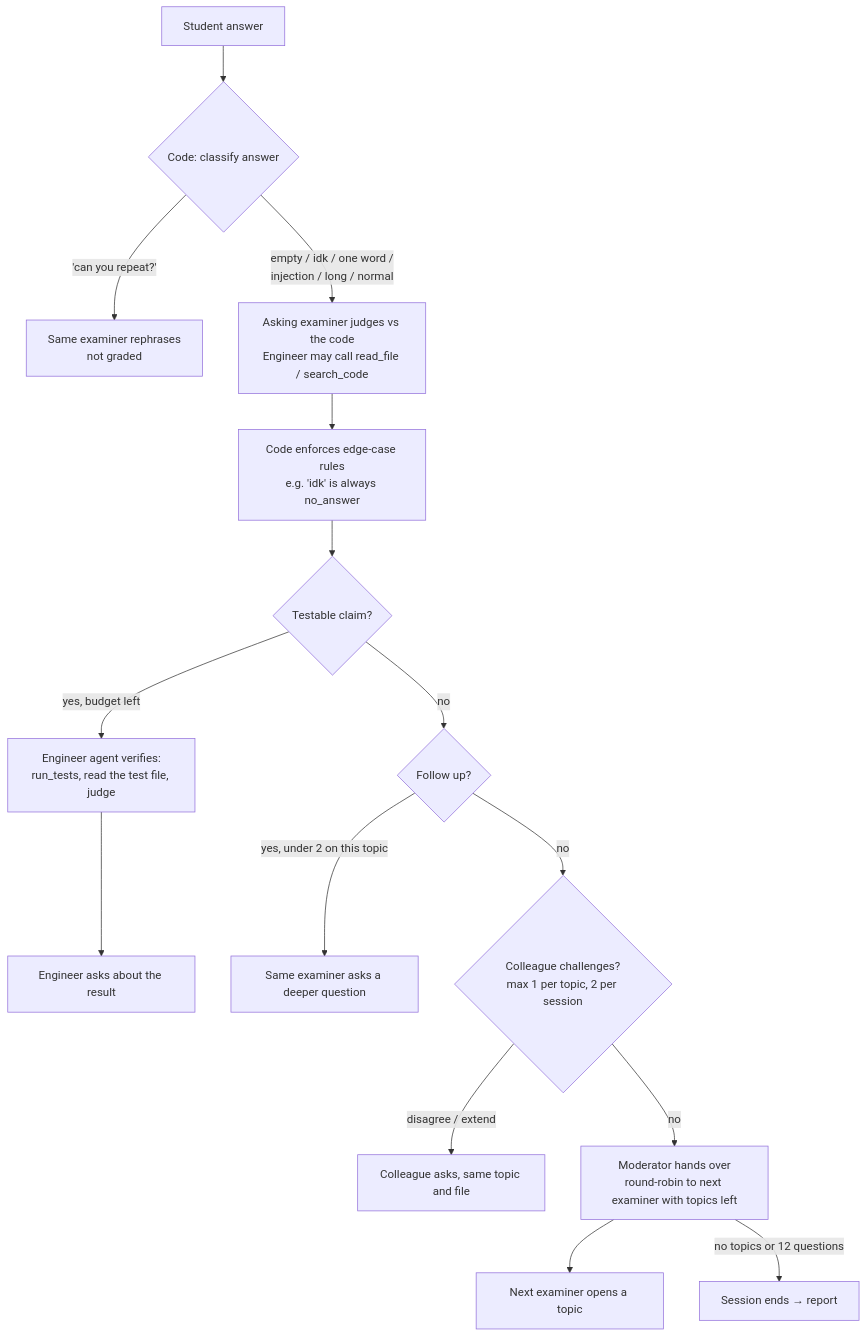
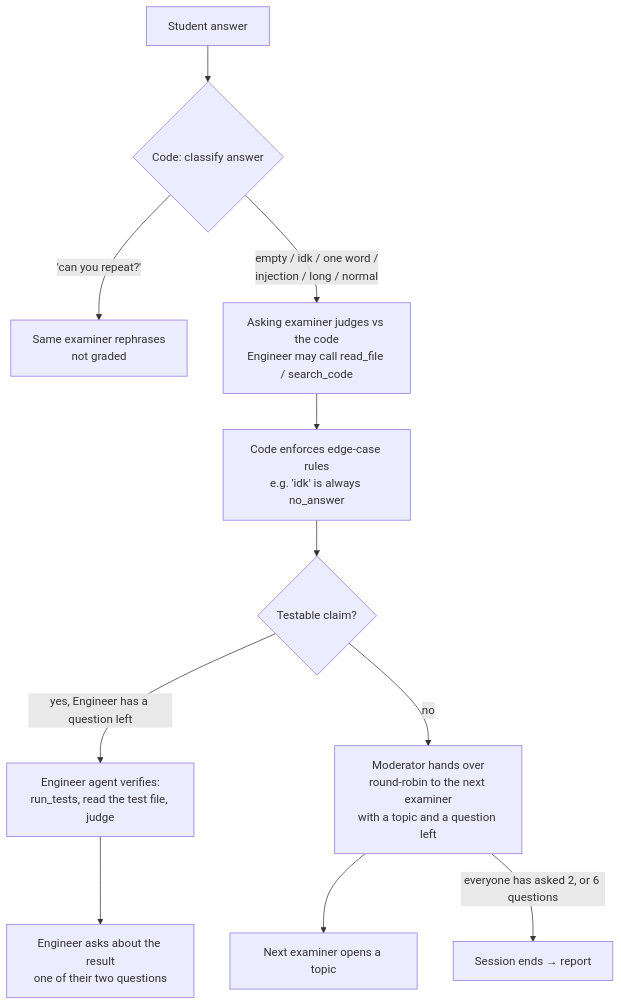
Before and after one commit to goyalnishtha841/vivapanel: the second of 3 diagrams in docs/architecture.md, drawn with Mermaid. The commit also changed other lines of this file and 25 other files, not shown here.

````diff
--- a/docs/architecture.md
+++ b/docs/architecture.md
@@ -42,17 +42,13 @@
 ```mermaid
 flowchart TD
     A[Student answer] --> C{Code: classify answer}
     C -->|"'can you repeat?'"| R[Same examiner rephrases<br/>not graded]
     C -->|empty / idk / one word /<br/>injection / long / normal| J[Asking examiner judges vs the code<br/>Engineer may call read_file / search_code]
     J --> EN[Code enforces edge-case rules<br/>e.g. 'idk' is always no_answer]
     EN --> T{Testable claim?}
-    T -->|yes, budget left| V[Engineer agent verifies:<br/>run_tests, read the test file, judge]
-    V --> Q1[Engineer asks about the result]
-    T -->|no| F{Follow up?}
-    F -->|yes, under 2 on this topic| Q2[Same examiner asks a deeper question]
-    F -->|no| X{Colleague challenges?<br/>max 1 per topic, 2 per session}
-    X -->|disagree / extend| Q3[Colleague asks, same topic and file]
-    X -->|no| M[Moderator hands over<br/>round-robin to next examiner with topics left]
+    T -->|yes, Engineer has a question left| V[Engineer agent verifies:<br/>run_tests, read the test file, judge]
+    V --> Q1[Engineer asks about the result<br/>one of their two questions]
+    T -->|no| M[Moderator hands over<br/>round-robin to the next examiner<br/>with a topic and a question left]
     M --> Q4[Next examiner opens a topic]
-    M -->|no topics or 12 questions| END[Session ends → report]
+    M -->|everyone has asked 2, or 6 questions| END[Session ends → report]
 ```
````
